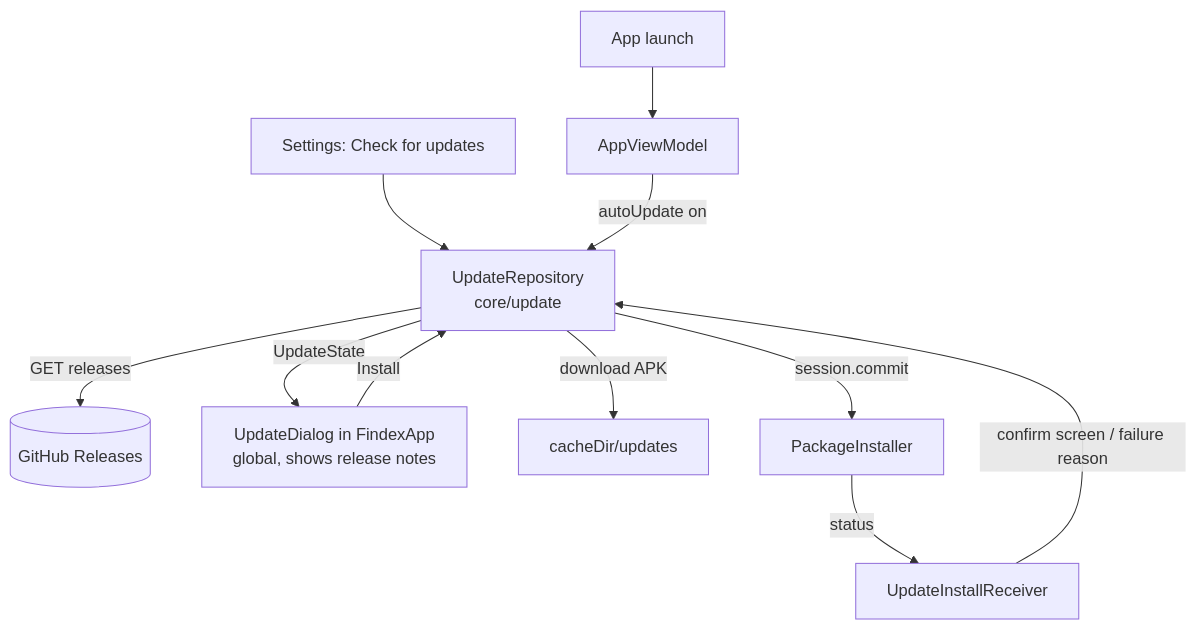
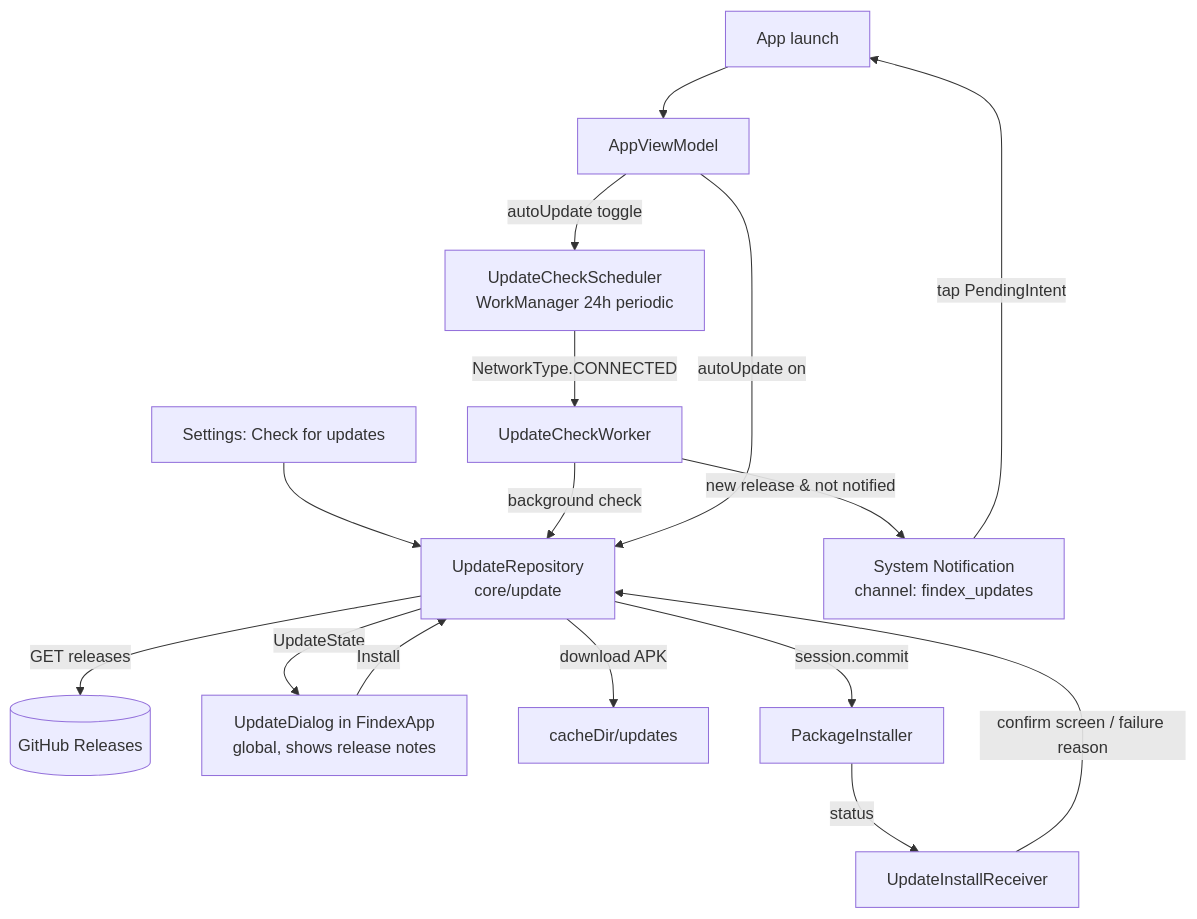
Diagram 16 of 16 in development/docs/ARCHITECTURE.md (aiyu-ayaan/Findex), drawn with Mermaid before and after one commit. The commit also changed other lines of this file and 1 other file, not shown here.

Commit message:
docs(Architecture) : Document multi-protocol network storage and daily background update checks

````diff
--- a/development/docs/ARCHITECTURE.md
+++ b/development/docs/ARCHITECTURE.md
@@ -488,13 +495,18 @@
 ```mermaid
 flowchart TD
     Launch[App launch] --> VM[AppViewModel]
     Manual[Settings: Check for updates] --> Repo
+    VM -- autoUpdate toggle --> Sched[UpdateCheckScheduler<br/>WorkManager 24h periodic]
+    Sched -- NetworkType.CONNECTED --> Worker[UpdateCheckWorker]
+    Worker -- background check --> Repo
+    Worker -- new release & not notified --> Notif[System Notification<br/>channel: findex_updates]
+    Notif -- tap PendingIntent --> Launch
     VM -- autoUpdate on --> Repo[UpdateRepository<br/>core/update]
     Repo -- GET releases --> GH[(GitHub Releases)]
     Repo -- UpdateState --> Dialog[UpdateDialog in FindexApp<br/>global, shows release notes]
     Dialog -- Install --> Repo
     Repo -- download APK --> Cache[cacheDir/updates]
     Repo -- session.commit --> PI[PackageInstaller]
     PI -- status --> Recv[UpdateInstallReceiver]
     Recv -- confirm screen / failure reason --> Repo
 ```
````
